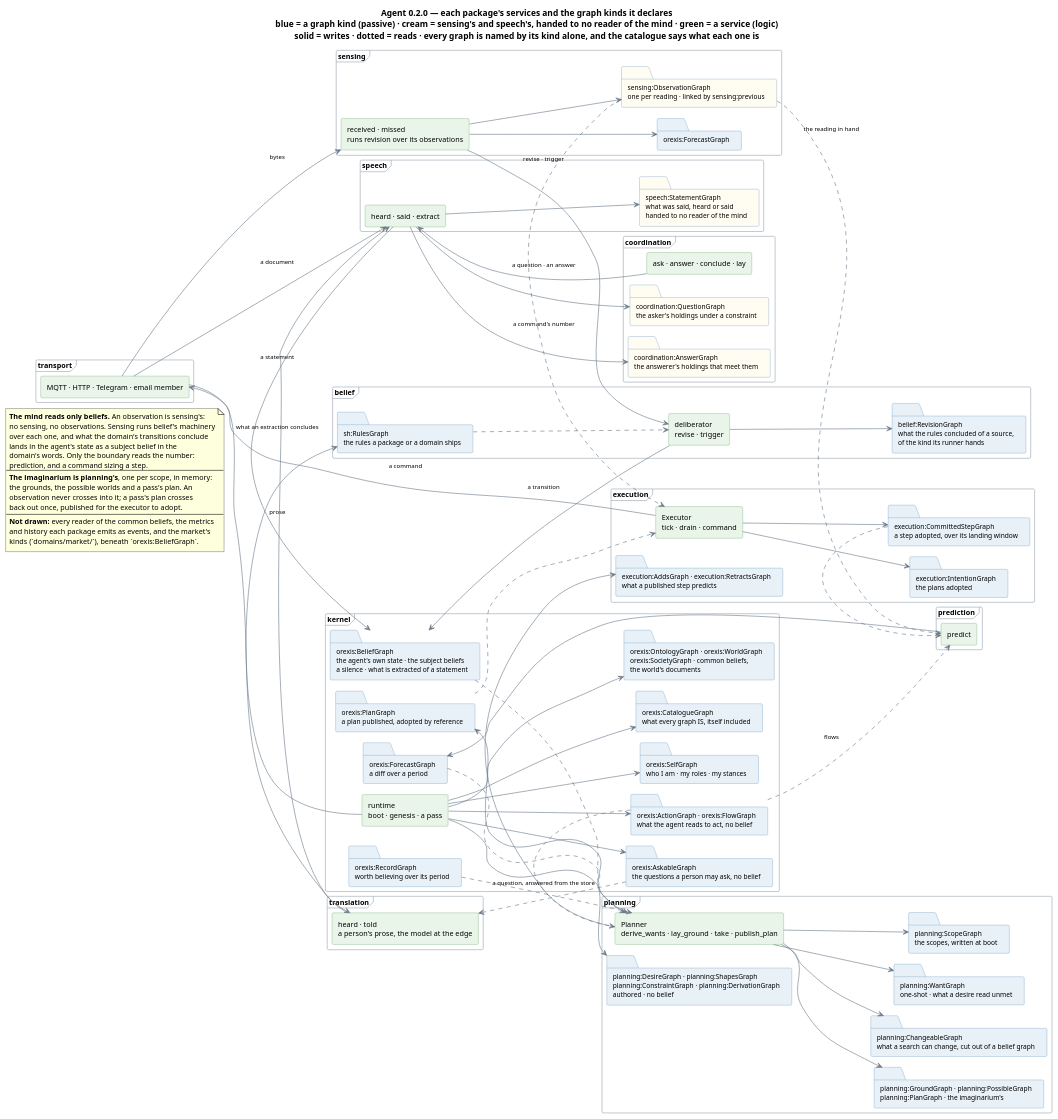
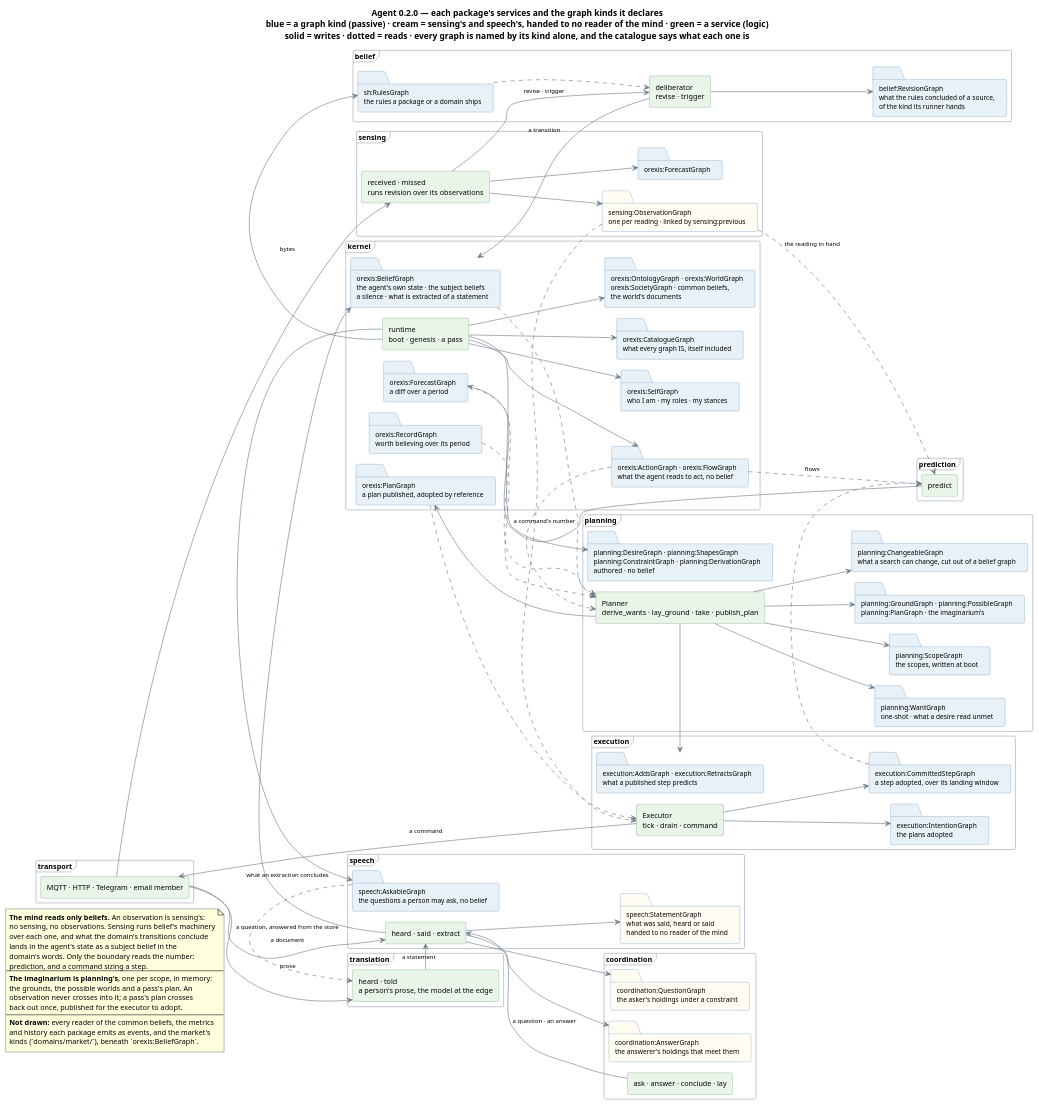
The diagram in knowledge/diagrams/agent-structure.puml (ShishkinDmitriy/orexis), drawn with PlantUML before and after one commit. The commit also changed 25 other files, not shown here.

```diff
--- a/knowledge/diagrams/agent-structure.puml
+++ b/knowledge/diagrams/agent-structure.puml
@@ -1,155 +1,155 @@
 @startuml agent-structure
 !pragma layout smetana
 title Agent 0.2.0 — each package's services and the graph kinds it declares\nblue = a graph kind (passive) · cream = sensing's and speech's, handed to no reader of the mind · green = a service (logic)\nsolid = writes · dotted = reads · every graph is named by its kind alone, and the catalogue says what each one is
 
 left to right direction
 skinparam componentStyle rectangle
 skinparam shadowing false
 skinparam defaultFontSize 12
 skinparam titleFontSize 14
 skinparam ArrowFontSize 10
 skinparam ArrowColor #6B7A88
 skinparam folder {
   BackgroundColor #E8F1F8
   BorderColor #5B8DB8
   FontSize 11
 }
 skinparam component {
   BackgroundColor #EAF5EA
   BorderColor #5E9E5E
 }
 skinparam frame {
   BorderColor #9AA5B1
   FontSize 12
 }
 
 frame "transport" {
   component "MQTT · HTTP · Telegram · email member" as TR
 }
 
 frame "sensing" {
   component "received · missed\nruns revision over its observations" as SEN
   folder "sensing:ObservationGraph\none per reading · linked by sensing:previous" as obs #FFFCF2
   folder "orexis:ForecastGraph" as fc
 }
 
 frame "speech" {
   component "heard · said · extract" as SP
   folder "speech:StatementGraph\nwhat was said, heard or said\nhanded to no reader of the mind" as utt #FFFCF2
+  folder "speech:AskableGraph\nthe questions a person may ask, no belief" as askg
 }
 
 frame "translation" {
   component "heard · told\na person's prose, the model at the edge" as TRL
 }
 
 frame "coordination" {
   component "ask · answer · conclude · lay" as CO
   folder "coordination:QuestionGraph\nthe asker's holdings under a constraint" as que #FFFCF2
   folder "coordination:AnswerGraph\nthe answerer's holdings that meet them" as ans #FFFCF2
 }
 
 frame "belief" {
   component "deliberator\nrevise · trigger" as DEL
   folder "belief:RevisionGraph\nwhat the rules concluded of a source,\nof the kind its runner hands" as rev
   folder "sh:RulesGraph\nthe rules a package or a domain ships" as rules
 }
 
 frame "kernel" {
   component "runtime\nboot · genesis · a pass" as RT
   folder "orexis:CatalogueGraph\nwhat every graph IS, itself included" as cat
   folder "orexis:OntologyGraph · orexis:WorldGraph\norexis:SocietyGraph · common beliefs,\nthe world's documents" as pub
   folder "orexis:ActionGraph · orexis:FlowGraph\nwhat the agent reads to act, no belief" as acts
   folder "orexis:SelfGraph\nwho I am · my roles · my stances" as self
-  folder "orexis:AskableGraph\nthe questions a person may ask, no belief" as askg
   folder "orexis:BeliefGraph\nthe agent's own state · the subject beliefs\na silence · what is extracted of a statement" as st
   folder "orexis:ForecastGraph\na diff over a period" as pr
   folder "orexis:PlanGraph\na plan published, adopted by reference" as plan
   folder "orexis:RecordGraph\nworth believing over its period" as rec
 }
 
 frame "prediction" {
   component "predict" as PRE
 }
 
 frame "planning" {
   component "Planner\nderive_wants · lay_ground · take · publish_plan" as PL
   folder "planning:DesireGraph · planning:ShapesGraph\nplanning:ConstraintGraph · planning:DerivationGraph\nauthored · no belief" as des
   folder "planning:WantGraph\none-shot · what a desire read unmet" as want
   folder "planning:ScopeGraph\nthe scopes, written at boot" as scope
   folder "planning:GroundGraph · planning:PossibleGraph\nplanning:PlanGraph · the imaginarium's" as img
   folder "planning:ChangeableGraph\nwhat a search can change, cut out of a belief graph" as cut
 }
 
 frame "execution" {
   component "Executor\ntick · drain · command" as EX
   folder "execution:IntentionGraph\nthe plans adopted" as int
   folder "execution:CommittedStepGraph\na step adopted, over its landing window" as cs
   folder "execution:AddsGraph · execution:RetractsGraph\nwhat a published step predicts" as diff
 }
 
 ' ───────────────────────── who writes what ─────────────────────────
 
 RT  --> cat
 RT  --> pub
 RT  --> acts
 RT  --> self
 RT  --> des
 RT  --> rules
 RT  --> askg
 TR  --> TRL : prose
 TRL --> SP : a statement
 TR  --> SEN : bytes
 TR  --> SP : a document
 SEN --> obs
 SEN --> fc
 SEN --> DEL : revise · trigger
 DEL --> rev
 DEL --> st : a transition
 SP  --> utt
 SP  --> st : what an extraction concludes
 CO  --> SP : a question · an answer
 SP  --> que
 SP  --> ans
 PRE --> pr
 PL  --> scope
 PL  --> want
 PL  --> img
 PL  --> cut
 PL  --> plan
 PL  --> diff
 EX  --> int
 EX  --> cs
 EX  --> TR : a command
 
 ' ───────────────────────── who reads what ─────────────────────────
 
 obs ..> PRE : the reading in hand
 obs ..> EX : a command's number
 cs  ..> PRE
 st  ..> PL
 pr  ..> PL
 rec ..> PL
 plan ..> EX
 rules ..> DEL
 acts ..> PL
 acts ..> PRE : flows
 askg ..> TRL : a question, answered from the store
 
 note as N1
   **The mind reads only beliefs.** An observation is sensing's:
   no sensing, no observations. Sensing runs belief's machinery
   over each one, and what the domain's transitions conclude
   lands in the agent's state as a subject belief in the
   domain's words. Only the boundary reads the number:
   prediction, and a command sizing a step.
   ----
   **The imaginarium is planning's**, one per scope, in memory:
   the grounds, the possible worlds and a pass's plan. An
   observation never crosses into it; a pass's plan crosses
   back out once, published for the executor to adopt.
   ----
   **Not drawn:** every reader of the common beliefs, the metrics
   and history each package emits as events, and the market's
   kinds (`domains/market/`), beneath `orexis:BeliefGraph`.
 end note
 @enduml
```
